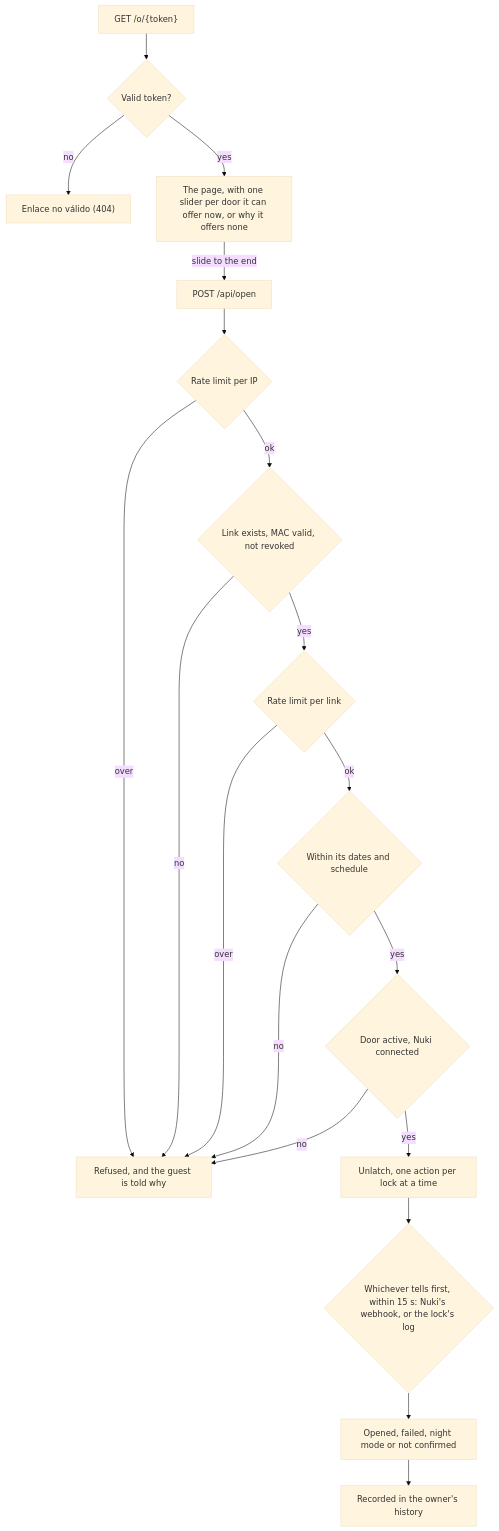
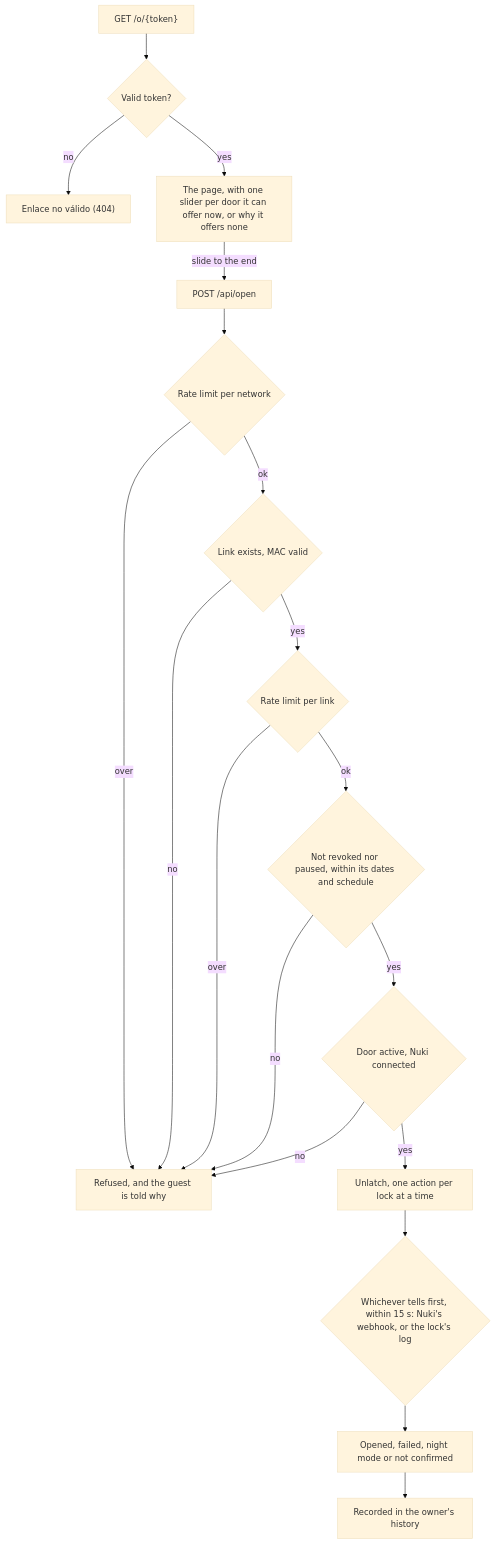
The diagram in docs/features.md (jfisbein/welcome-home), drawn with Mermaid (base theme) before and after one commit. The commit also changed other lines of this file and 54 other files, not shown here.

````diff
--- a/docs/features.md
+++ b/docs/features.md
@@ -152,21 +152,21 @@
 ```mermaid
 flowchart TD
     get["GET /o/{token}"] --> valid{"Valid token?"}
     valid -- no --> invalid["Enlace no válido (404)"]
     valid -- yes --> page["The page, with one slider per door it can offer now, or why it offers none"]
     page -- "slide to the end" --> post["POST /api/open"]
-    post --> ip{"Rate limit per IP"}
+    post --> ip{"Rate limit per network"}
     ip -- over --> refused["Refused, and the guest is told why"]
-    ip -- ok --> link{"Link exists, MAC valid, not revoked"}
+    ip -- ok --> link{"Link exists, MAC valid"}
     link -- no --> refused
     link -- yes --> perlink{"Rate limit per link"}
     perlink -- over --> refused
-    perlink -- ok --> dates{"Within its dates and schedule"}
+    perlink -- ok --> dates{"Not revoked nor paused, within its dates and schedule"}
     dates -- no --> refused
     dates -- yes --> door{"Door active, Nuki connected"}
     door -- no --> refused
     door -- yes --> unlatch["Unlatch, one action per lock at a time"]
     unlatch --> confirm{"Whichever tells first, within 15 s: Nuki's webhook, or the lock's log"}
     confirm --> result["Opened, failed, night mode or not confirmed"]
     result --> event["Recorded in the owner's history"]
 ```
````
